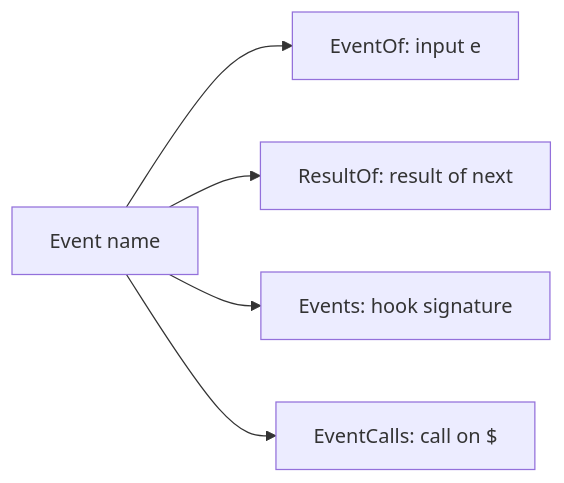
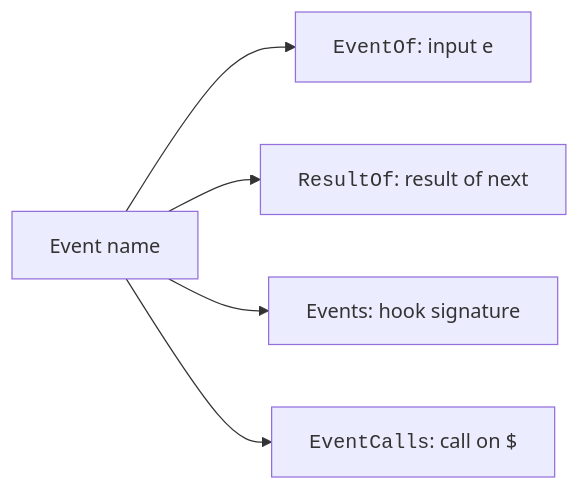
One commit to xsyetopz/claude-code-docs changed the diagram in docs/extend/mod-api/types/events.md. Above: the diagram before and after it, drawn with Mermaid. The commit also changed other lines of this file and 164 other files, not shown here.

First line of the commit message:
docs: linked citations, yes/no markers, file trees, code in diagrams

````diff
--- a/docs/extend/mod-api/types/events.md
+++ b/docs/extend/mod-api/types/events.md
@@ -50,7 +50,7 @@
 ```mermaid
 flowchart LR
-  N[Event name] --> I[EventOf: input e]
-  N --> R[ResultOf: result of next]
+  N[Event name] --> I["<code>EventOf</code>: input e"]
+  N --> R["<code>ResultOf</code>: result of next"]
   N --> H[Events: hook signature]
-  N --> C[EventCalls: call on $]
+  N --> C["<code>EventCalls</code>: call on $"]
 ```
````
